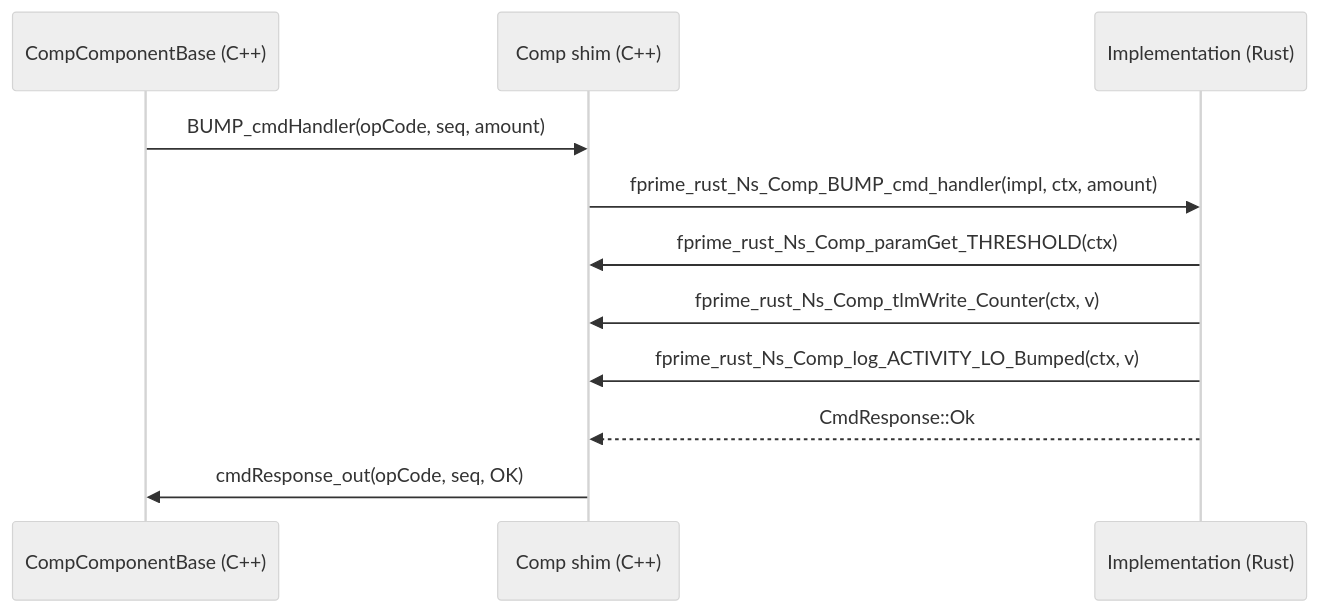
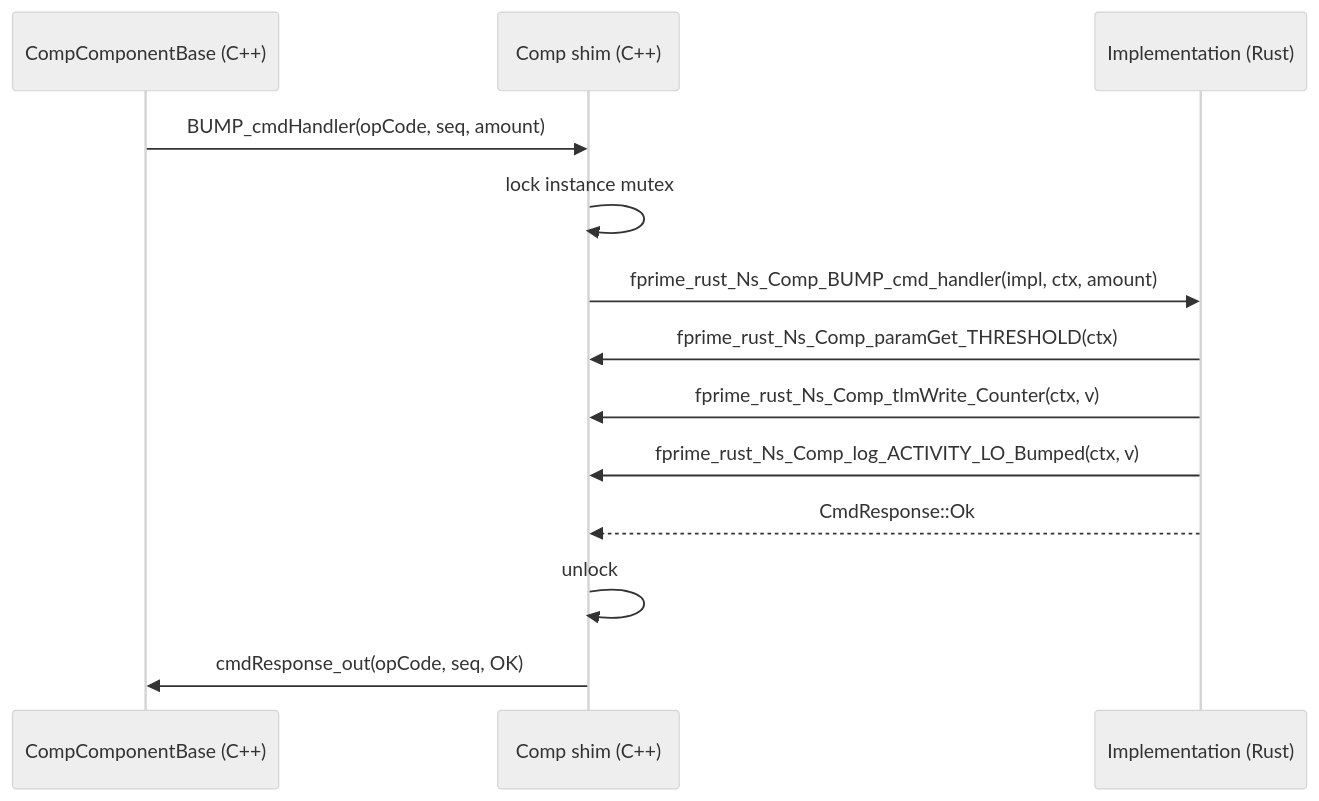
The second of 2 diagrams in docs/sdd.md (lestarch-autobot/fprime-rust), drawn with Mermaid (neutral theme) before and after one commit. The commit also changed other lines of this file and 1 other file, not shown here.

````diff
--- a/docs/sdd.md
+++ b/docs/sdd.md
@@ -145,13 +198,15 @@
 ```mermaid
 sequenceDiagram
   participant B as CompComponentBase (C++)
   participant S as Comp shim (C++)
   participant R as Implementation (Rust)
   B->>S: BUMP_cmdHandler(opCode, seq, amount)
+  S->>S: lock instance mutex
   S->>R: fprime_rust_Ns_Comp_BUMP_cmd_handler(impl, ctx, amount)
   R->>S: fprime_rust_Ns_Comp_paramGet_THRESHOLD(ctx)
   R->>S: fprime_rust_Ns_Comp_tlmWrite_Counter(ctx, v)
   R->>S: fprime_rust_Ns_Comp_log_ACTIVITY_LO_Bumped(ctx, v)
   R-->>S: CmdResponse::Ok
+  S->>S: unlock
   S->>B: cmdResponse_out(opCode, seq, OK)
 ```
````
